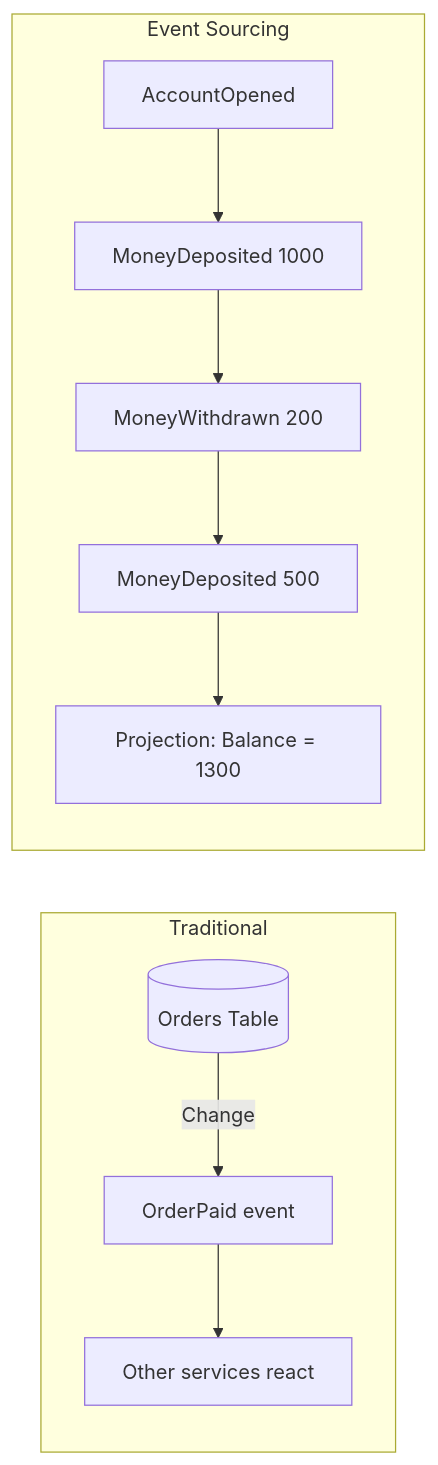
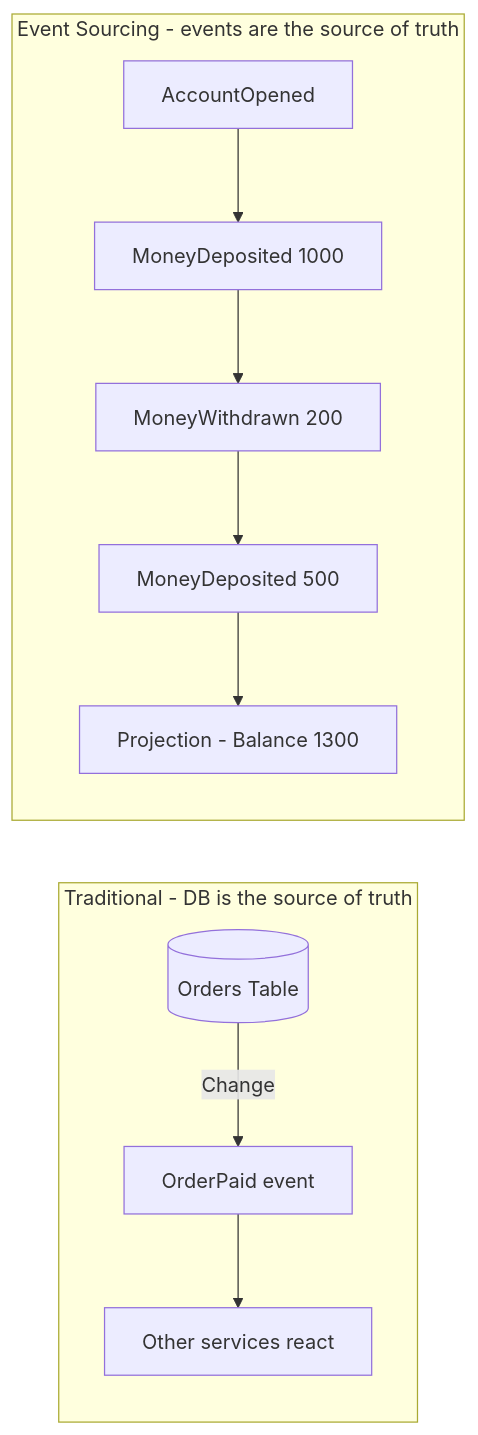
One commit to yoosuf/yoosuf.github.io changed diagram 15 of 20 in _posts/2026-09-14-10-event-driven-architecture-questions.md. Above: the diagram before and after it, drawn with Mermaid. The commit also changed other lines of this file, not shown here.

Commit message:
Rewrite event-driven post: convert text flows to diagrams and bulleted lists

````diff
--- a/_posts/2026-09-14-10-event-driven-architecture-questions.md
+++ b/_posts/2026-09-14-10-event-driven-architecture-questions.md
@@ -296,13 +382,13 @@
 ```mermaid
 flowchart LR
-    subgraph Traditional["Traditional"]
+    subgraph Traditional["Traditional - DB is the source of truth"]
         DB1[(Orders Table)] -->|Change| EV1[OrderPaid event]
         EV1 --> R1[Other services react]
     end
-    subgraph Sourcing["Event Sourcing"]
+    subgraph Sourcing["Event Sourcing - events are the source of truth"]
         E1[AccountOpened] --> E2[MoneyDeposited 1000]
         E2 --> E3[MoneyWithdrawn 200]
         E3 --> E4[MoneyDeposited 500]
-        E4 --> P[Projection: Balance = 1300]
+        E4 --> PR[Projection - Balance 1300]
     end
 ```
````
